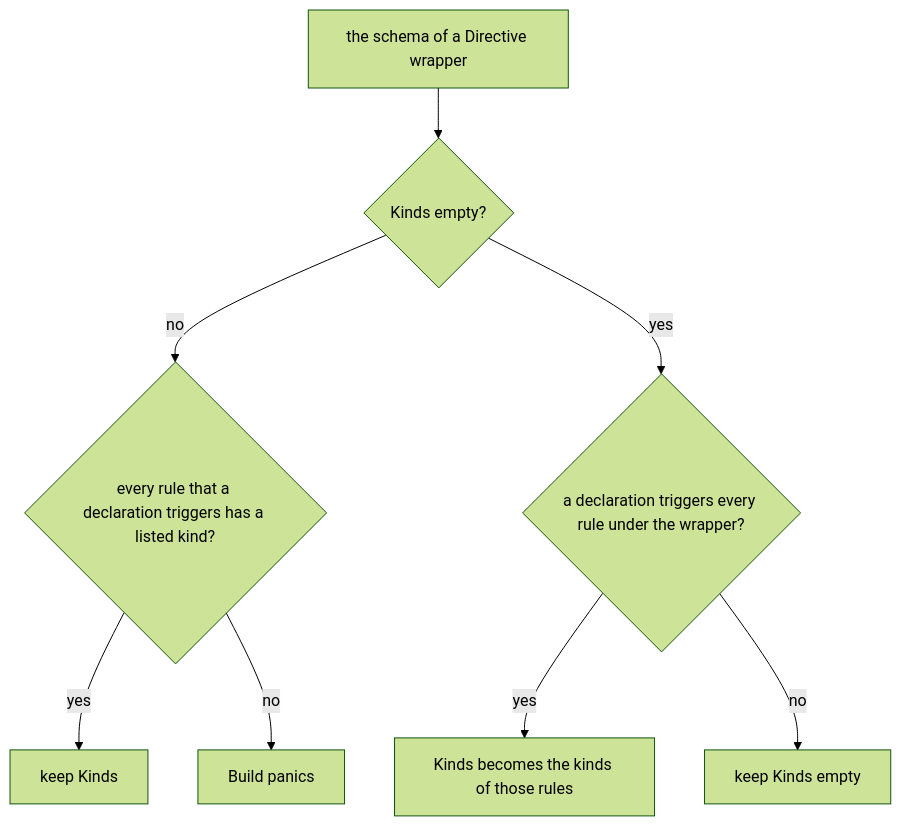
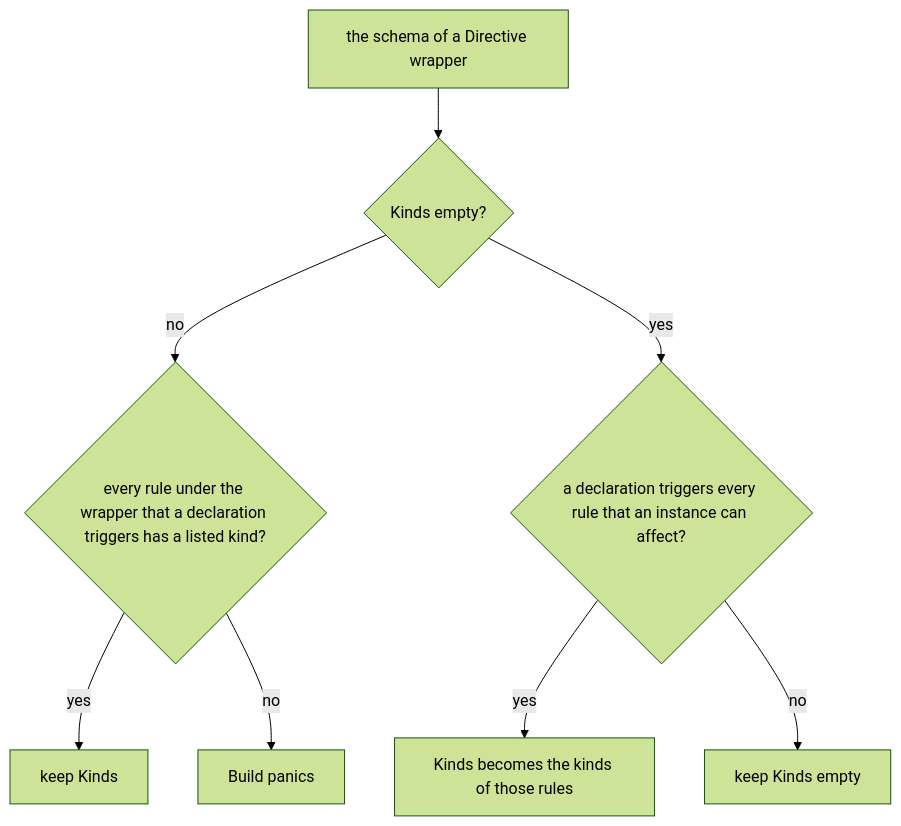
The diagram in docs/rfc/0027-the-subject-kinds-of-a-directive.md (dokimasia/eidos), drawn with Mermaid (forest theme) before and after one commit. The commit also changed other lines of this file and 4 other files, not shown here.

````diff
--- a/docs/rfc/0027-the-subject-kinds-of-a-directive.md
+++ b/docs/rfc/0027-the-subject-kinds-of-a-directive.md
@@ -130,10 +144,10 @@
 ```mermaid
 flowchart TD
     A[the schema of a Directive wrapper] --> B{Kinds empty?}
-    B -- no --> C{every rule that a declaration triggers has a listed kind?}
+    B -- no --> C{every rule under the wrapper that a declaration triggers has a listed kind?}
     C -- yes --> D[keep Kinds]
     C -- no --> E[Build panics]
-    B -- yes --> F{a declaration triggers every rule under the wrapper?}
+    B -- yes --> F{a declaration triggers every rule that an instance can affect?}
     F -- yes --> G[Kinds becomes the kinds of those rules]
     F -- no --> H[keep Kinds empty]
 ```
````
